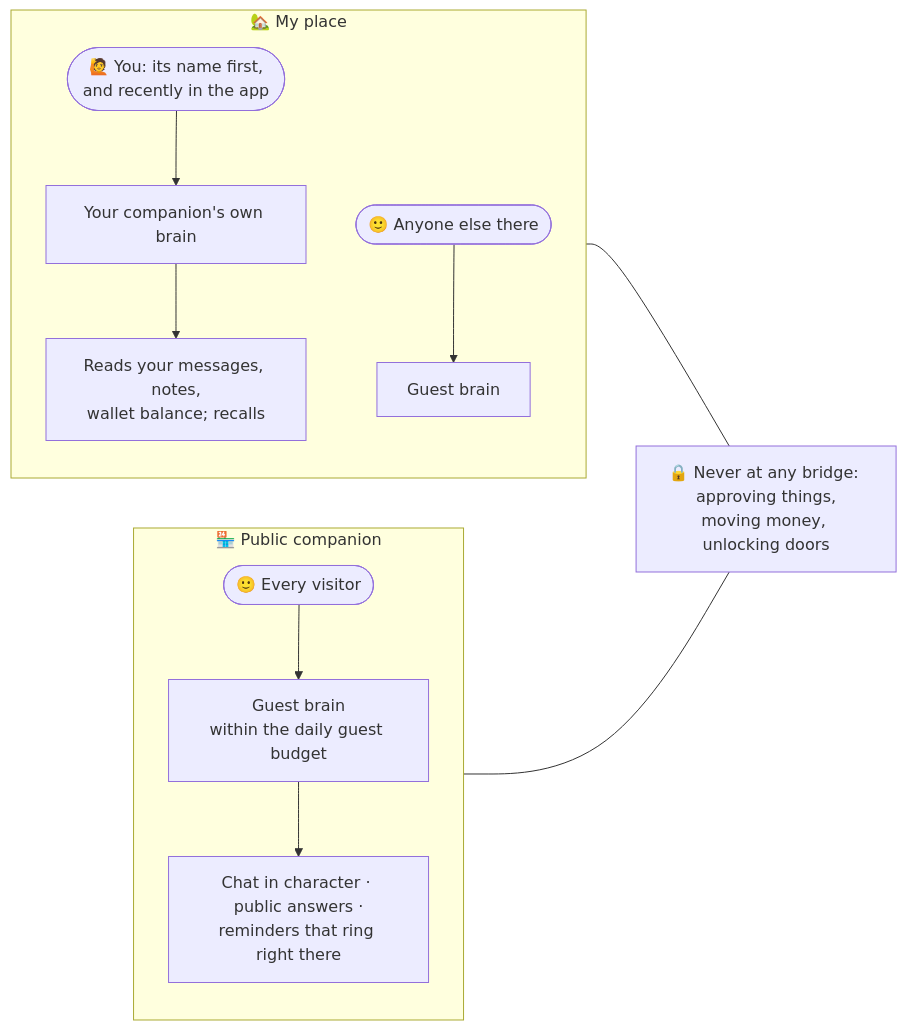
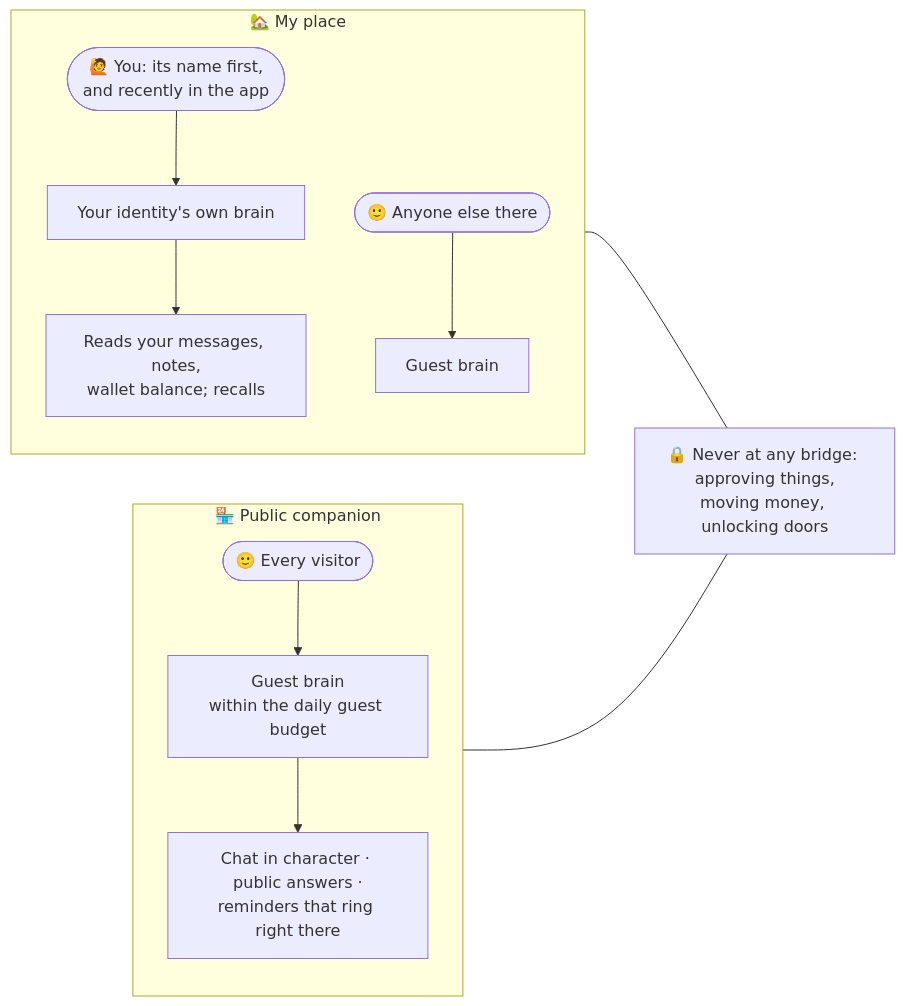
The seventh of 9 diagrams in docs/NETWORK.md (Smugandcomfy/waifu-ai-desktop), drawn with Mermaid before and after one commit. The commit also changed other lines of this file and 14 other files, not shown here.

Commit message:
Docs say identity, as the app does (owner, 19 Nov): companion → identity throughout; Hologram Companion and the Public companion role keep their names; file names and anchors unchanged

````diff
--- a/docs/NETWORK.md
+++ b/docs/NETWORK.md
@@ -228,17 +228,17 @@
 ```mermaid
 flowchart LR
     subgraph MP["🏡 My place"]
         direction TB
-        Y(["🙋 You: its name first,<br/>and recently in the app"]) --> YB["Your companion's own brain"]
+        Y(["🙋 You: its name first,<br/>and recently in the app"]) --> YB["Your identity's own brain"]
         YB --> YR["Reads your messages, notes,<br/>wallet balance; recalls"]
         G1(["🙂 Anyone else there"]) --> GB1["Guest brain"]
     end
     subgraph PUB["🏪 Public companion"]
         direction TB
         V(["🙂 Every visitor"]) --> GB2["Guest brain<br/>within the daily guest budget"]
         GB2 --> VR["Chat in character · public answers ·<br/>reminders that ring right there"]
     end
     LOCK["🔒 Never at any bridge: approving things,<br/>moving money, unlocking doors"]
     MP --- LOCK
     PUB --- LOCK
 ```
````
